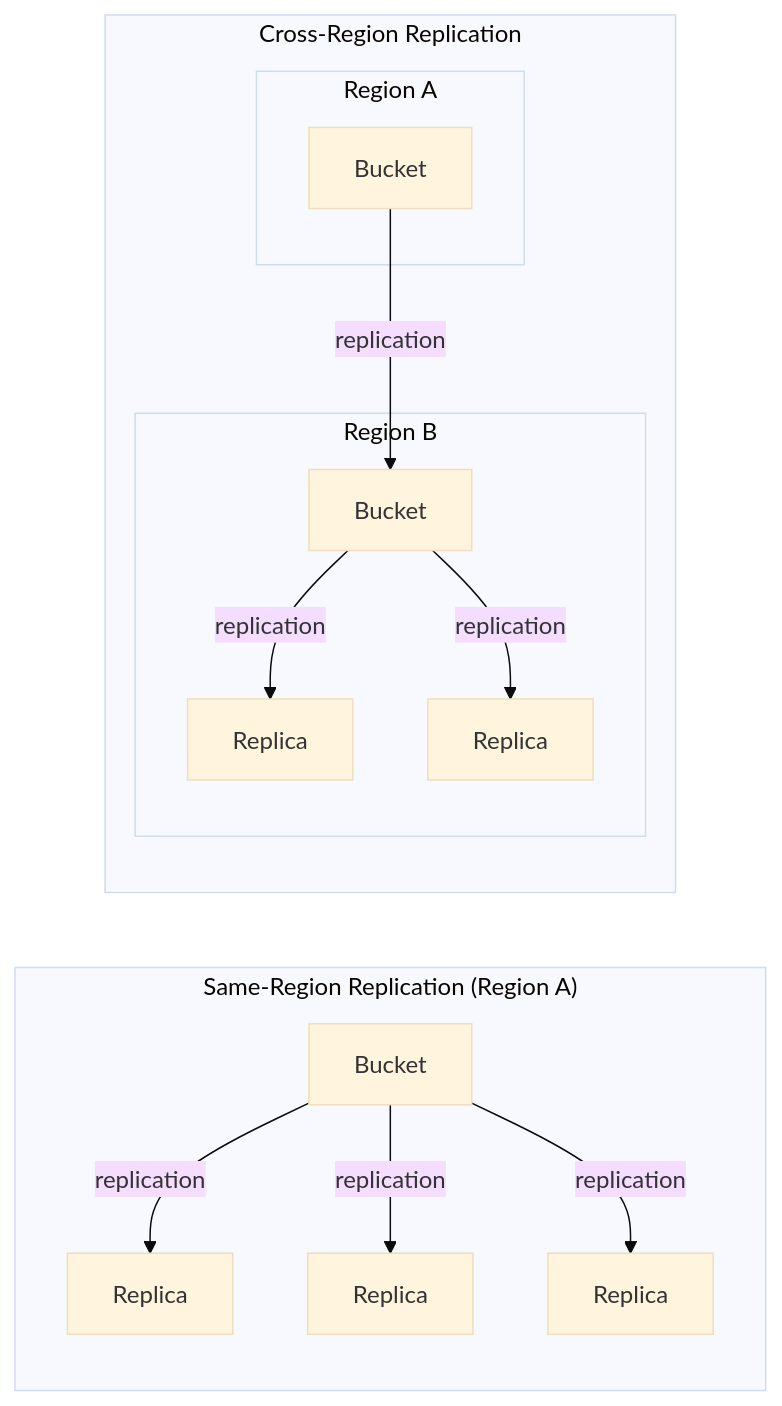
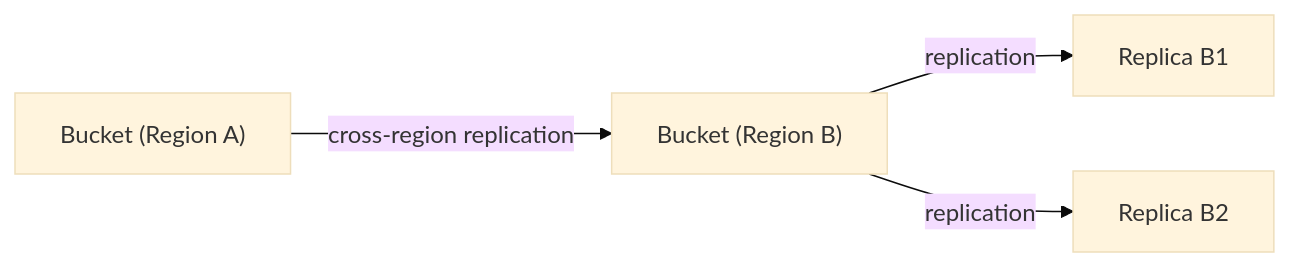
One commit to Arnavjain1703/HLD changed the fifth of 16 diagrams in google-drive-system-design.md. Above: the diagram before and after it, drawn with Mermaid (base theme). The commit also changed other lines of this file, not shown here.

````diff
--- a/google-drive-system-design.md
+++ b/google-drive-system-design.md
@@ -156,26 +184,11 @@
 ```mermaid
 graph LR
-    subgraph same["Same-Region Replication (Region A)"]
-        b1[Bucket]
-        r1[Replica]
-        r2[Replica]
-        r3[Replica]
-        b1 -->|replication| r1
-        b1 -->|replication| r2
-        b1 -->|replication| r3
-    end
+    bucketA["Bucket (Region A)"]
+    bucketB["Bucket (Region B)"]
+    rb1["Replica B1"]
+    rb2["Replica B2"]
 
-    subgraph cross["Cross-Region Replication"]
-        subgraph ra["Region A"]
-            ba[Bucket]
-        end
-        subgraph rb["Region B"]
-            bb[Bucket]
-            rb1[Replica]
-            rb2[Replica]
-        end
-        ba -->|replication| bb
-        bb -->|replication| rb1
-        bb -->|replication| rb2
-    end
+    bucketA -->|"cross-region replication"| bucketB
+    bucketB -->|"replication"| rb1
+    bucketB -->|"replication"| rb2
 ```
````
